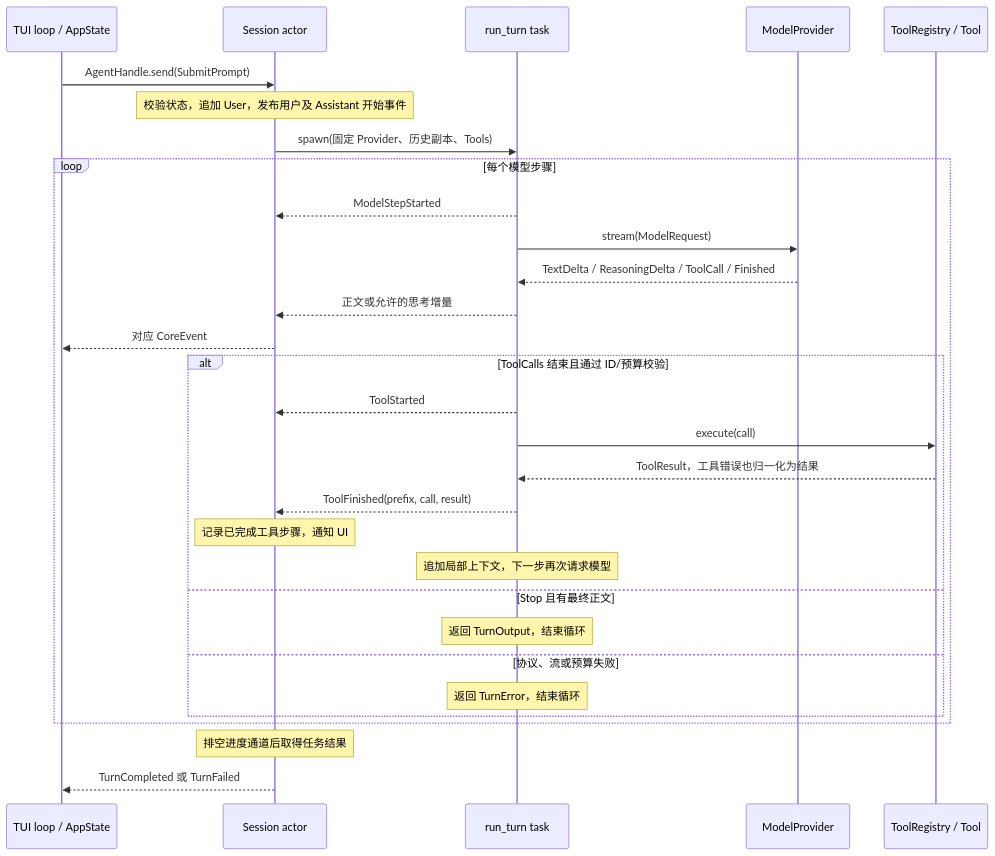
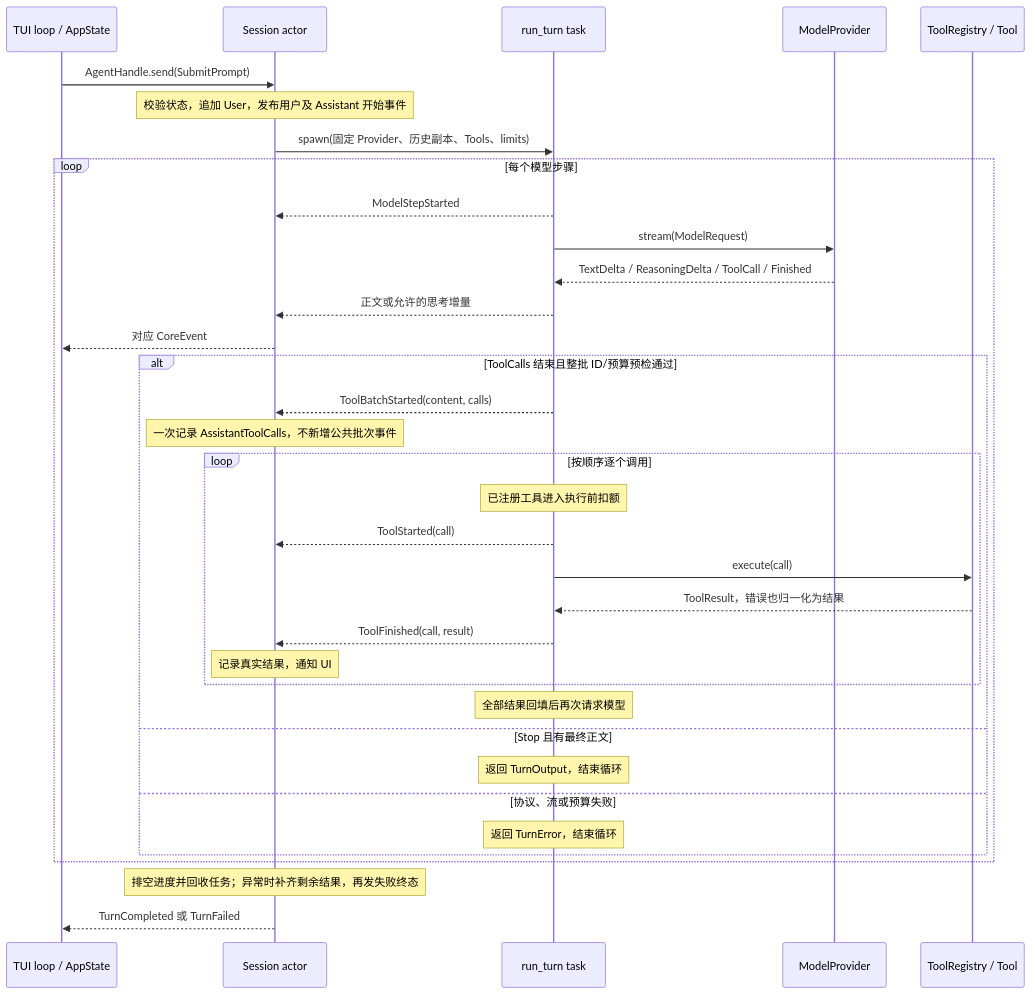
Before and after one commit to AegeanZhang/vortex: the second of 3 diagrams in docs/architecture/runtime-flows.md, drawn with Mermaid. The commit also changed other lines of this file and 31 other files, not shown here.

````diff
--- a/docs/architecture/runtime-flows.md
+++ b/docs/architecture/runtime-flows.md
@@ -35,32 +36,37 @@
 ```mermaid
 sequenceDiagram
     participant UI as TUI loop / AppState
     participant S as Session actor
     participant T as run_turn task
     participant P as ModelProvider
     participant R as ToolRegistry / Tool
     UI->>S: AgentHandle.send(SubmitPrompt)
     Note over S: 校验状态，追加 User，发布用户及 Assistant 开始事件
-    S->>T: spawn(固定 Provider、历史副本、Tools)
+    S->>T: spawn(固定 Provider、历史副本、Tools、limits)
     loop 每个模型步骤
         T-->>S: ModelStepStarted
         T->>P: stream(ModelRequest)
         P-->>T: TextDelta / ReasoningDelta / ToolCall / Finished
         T-->>S: 正文或允许的思考增量
         S-->>UI: 对应 CoreEvent
-        alt ToolCalls 结束且通过 ID/预算校验
-            T-->>S: ToolStarted
-            T->>R: execute(call)
-            R-->>T: ToolResult，工具错误也归一化为结果
-            T-->>S: ToolFinished(prefix, call, result)
-            Note over S: 记录已完成工具步骤，通知 UI
-            Note over T: 追加局部上下文，下一步再次请求模型
+        alt ToolCalls 结束且整批 ID/预算预检通过
+            T-->>S: ToolBatchStarted(content, calls)
+            Note over S: 一次记录 AssistantToolCalls，不新增公共批次事件
+            loop 按顺序逐个调用
+                Note over T: 已注册工具进入执行前扣额
+                T-->>S: ToolStarted(call)
+                T->>R: execute(call)
+                R-->>T: ToolResult，错误也归一化为结果
+                T-->>S: ToolFinished(call, result)
+                Note over S: 记录真实结果，通知 UI
+            end
+            Note over T: 全部结果回填后再次请求模型
         else Stop 且有最终正文
             Note over T: 返回 TurnOutput，结束循环
         else 协议、流或预算失败
             Note over T: 返回 TurnError，结束循环
         end
     end
-    Note over S: 排空进度通道后取得任务结果
+    Note over S: 排空进度并回收任务；异常时补齐剩余结果，再发失败终态
     S-->>UI: TurnCompleted 或 TurnFailed
 ```
````
